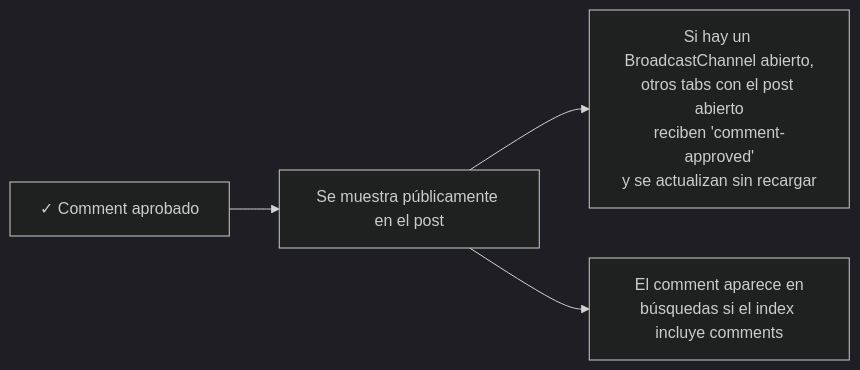
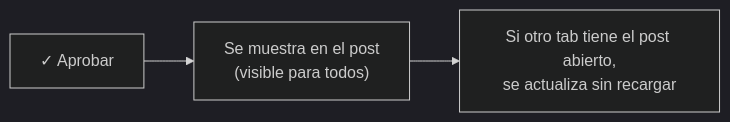
The fourth of 5 diagrams in docs/diagramas/user/como-comentar.md (naujrevilo/plocos_astro), drawn with Mermaid (dark theme) before and after one commit. The commit also changed other lines of this file and 3 other files, not shown here.

First line of the commit message:
docs(user): simplify como-comentar + remove client-irrelevant diagrams

````diff
--- a/docs/diagramas/user/como-comentar.md
+++ b/docs/diagramas/user/como-comentar.md
@@ -89,6 +87,5 @@
 ```mermaid
 flowchart LR
-    Approved["✓ Comment aprobado"] --> Visible[Se muestra públicamente en el post]
-    Visible --> Notify["Si hay un BroadcastChannel abierto,<br/>otros tabs con el post abierto<br/>reciben 'comment-approved'<br/>y se actualizan sin recargar"]
-    Visible --> Indexed["El comment aparece en<br/>búsquedas si el index incluye comments"]
+    Aprobar["✓ Aprobar"] --> Publico["Se muestra en el post<br/>(visible para todos)"]
+    Publico --> Notificacion["Si otro tab tiene el post abierto,<br/>se actualiza sin recargar"]
 ```
````
